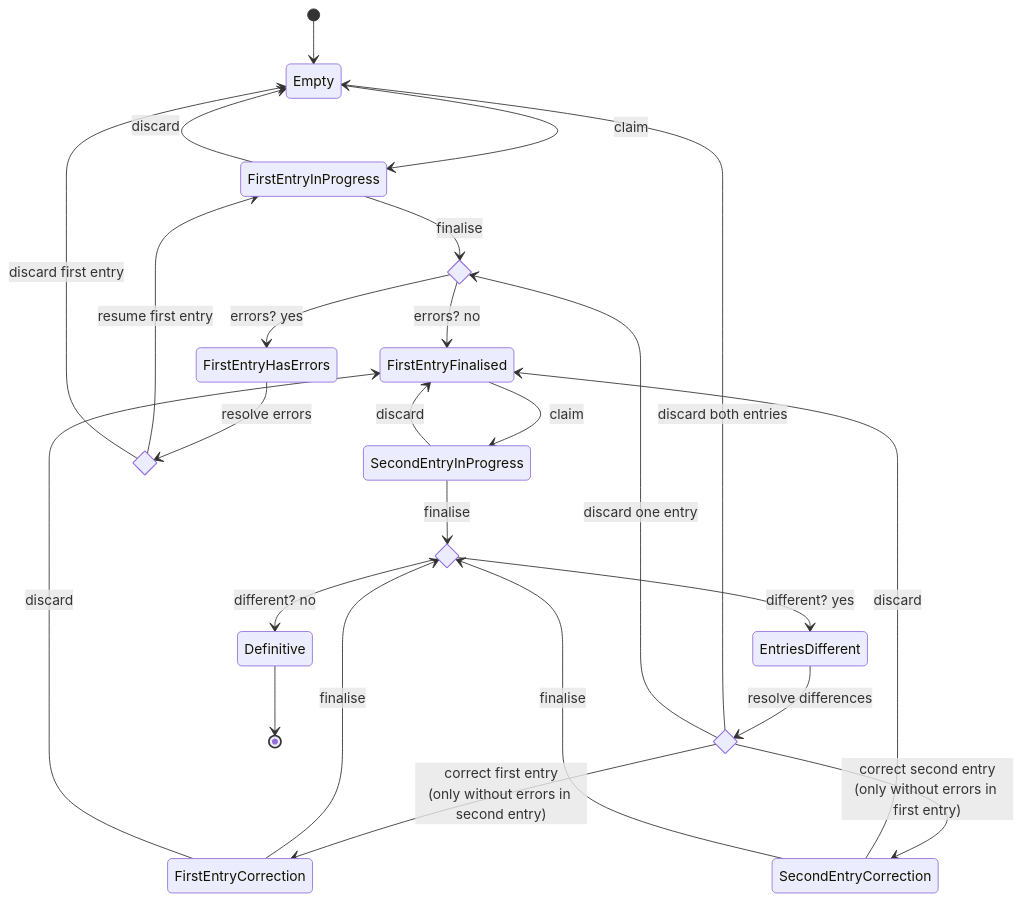
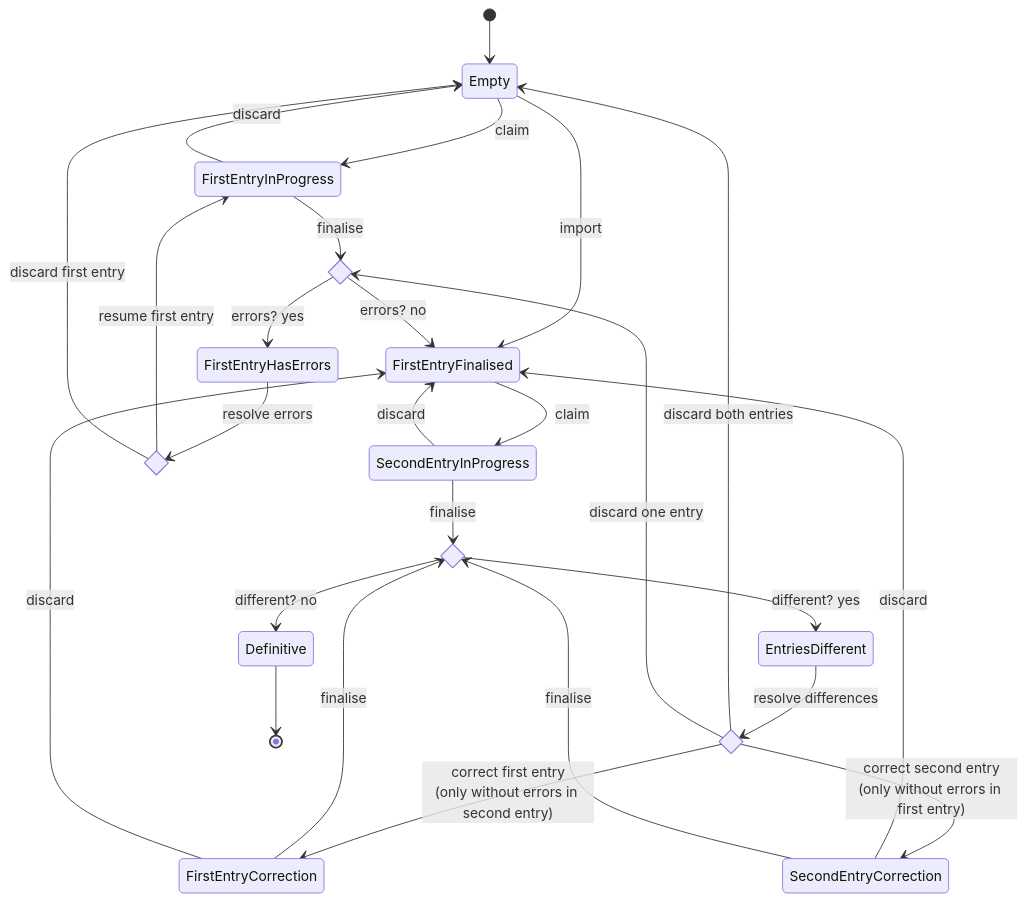
One commit to kiesraad/abacus changed the diagram in documentatie/state-machines/data-entry-state.md. Above: the diagram before and after it, drawn with Mermaid. The commit also changed other lines of this file, not shown here.

Commit message:
Updated "Data entry state" doc to include imported first data entry (#4068)

````diff
--- a/documentatie/state-machines/data-entry-state.md
+++ b/documentatie/state-machines/data-entry-state.md
@@ -29,38 +44,39 @@
 ```mermaid
 stateDiagram-v2
   [*] --> Empty
   Empty --> FirstEntryInProgress: claim
+  Empty --> FirstEntryFinalised: import
 
   state first_has_errors <<choice>>
   FirstEntryInProgress --> first_has_errors: finalise
   FirstEntryInProgress --> Empty: discard
   first_has_errors --> FirstEntryFinalised: errors? no
   first_has_errors --> FirstEntryHasErrors: errors? yes
 
   FirstEntryFinalised --> SecondEntryInProgress: claim
   SecondEntryInProgress --> FirstEntryFinalised: discard
 
   state resolve_errors <<choice>>
   FirstEntryHasErrors --> resolve_errors: resolve errors
   resolve_errors --> FirstEntryInProgress: resume first entry
   resolve_errors --> Empty: discard first entry
   
   state is_different <<choice>>
   SecondEntryInProgress --> is_different: finalise
   is_different --> EntriesDifferent: different? yes
   is_different --> Definitive: different? no
   
   state resolve_differences <<choice>>
   EntriesDifferent --> resolve_differences: resolve differences
   resolve_differences --> Empty: discard both entries
   resolve_differences --> first_has_errors: discard one entry
   resolve_differences --> FirstEntryCorrection: correct first entry<br>(only without errors in second entry)
   resolve_differences --> SecondEntryCorrection: correct second entry<br>(only without errors in first entry)
 
   FirstEntryCorrection --> is_different: finalise
   FirstEntryCorrection --> FirstEntryFinalised: discard
   SecondEntryCorrection --> FirstEntryFinalised: discard
   SecondEntryCorrection --> is_different: finalise
 
   Definitive --> [*]
 ```
````
